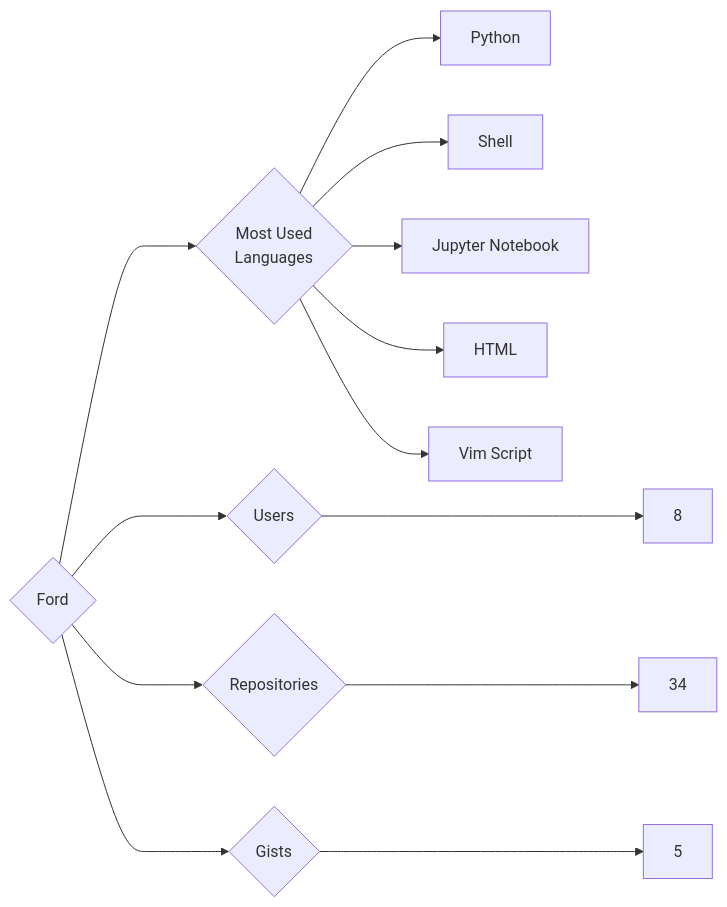
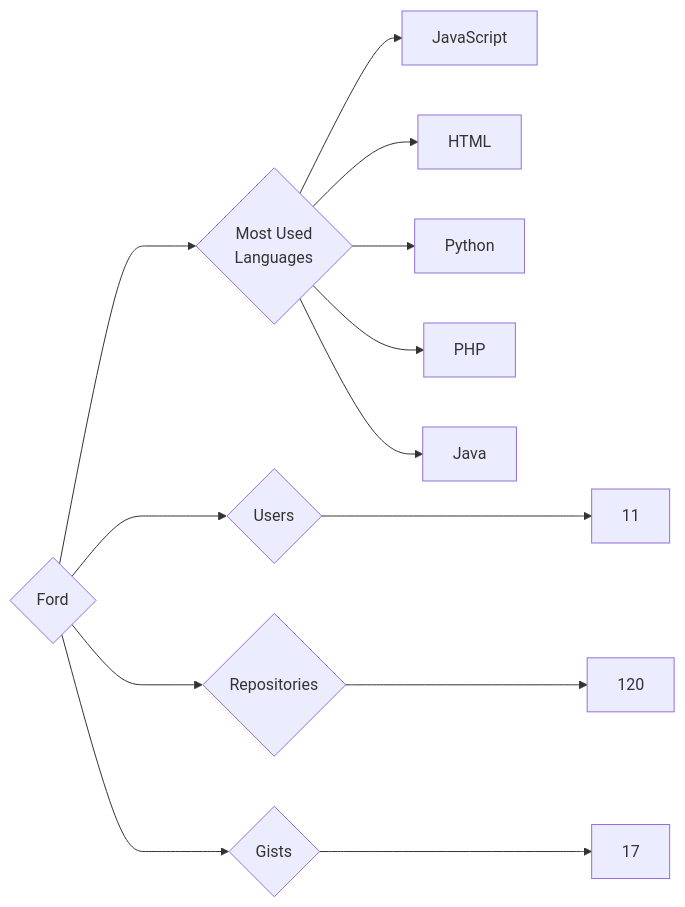
The diagram in targets/Ford/README.md (trickest/insiders), drawn with Mermaid before and after one commit. The commit also changed 693 other files, not shown here.

````diff
--- a/targets/Ford/README.md
+++ b/targets/Ford/README.md
@@ -3,13 +3,13 @@
 ```mermaid
 graph LR
 COMPANY_NAME{Ford}
-COMPANY_NAME ---> U{Users} ---> UN[8]
-COMPANY_NAME ---> R{Repositories} ---> RN[34]
-COMPANY_NAME ---> G{Gists} ---> GN[5]
+COMPANY_NAME ---> U{Users} ---> UN[11]
+COMPANY_NAME ---> R{Repositories} ---> RN[120]
+COMPANY_NAME ---> G{Gists} ---> GN[17]
 COMPANY_NAME ---> ML{Most Used<br>Languages}
+ML --> JavaScript[JavaScript]
+ML --> HTML[HTML]
 ML --> Python[Python]
-ML --> Shell[Shell]
-ML --> Jupyter_Notebook[Jupyter Notebook]
-ML --> HTML[HTML]
-ML --> Vim_Script[Vim Script]
+ML --> PHP[PHP]
+ML --> Java[Java]
 ```
````
